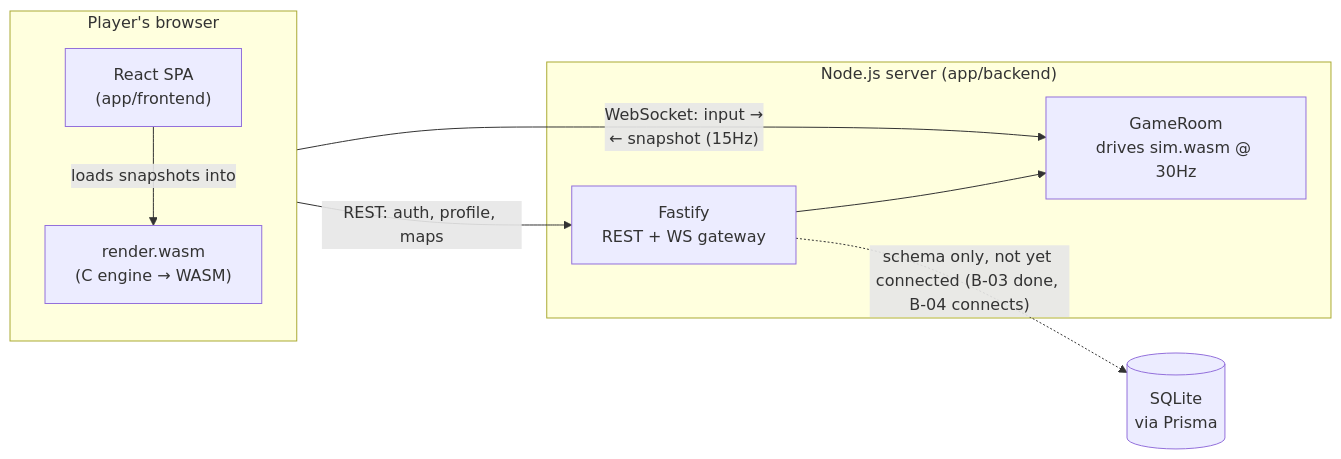
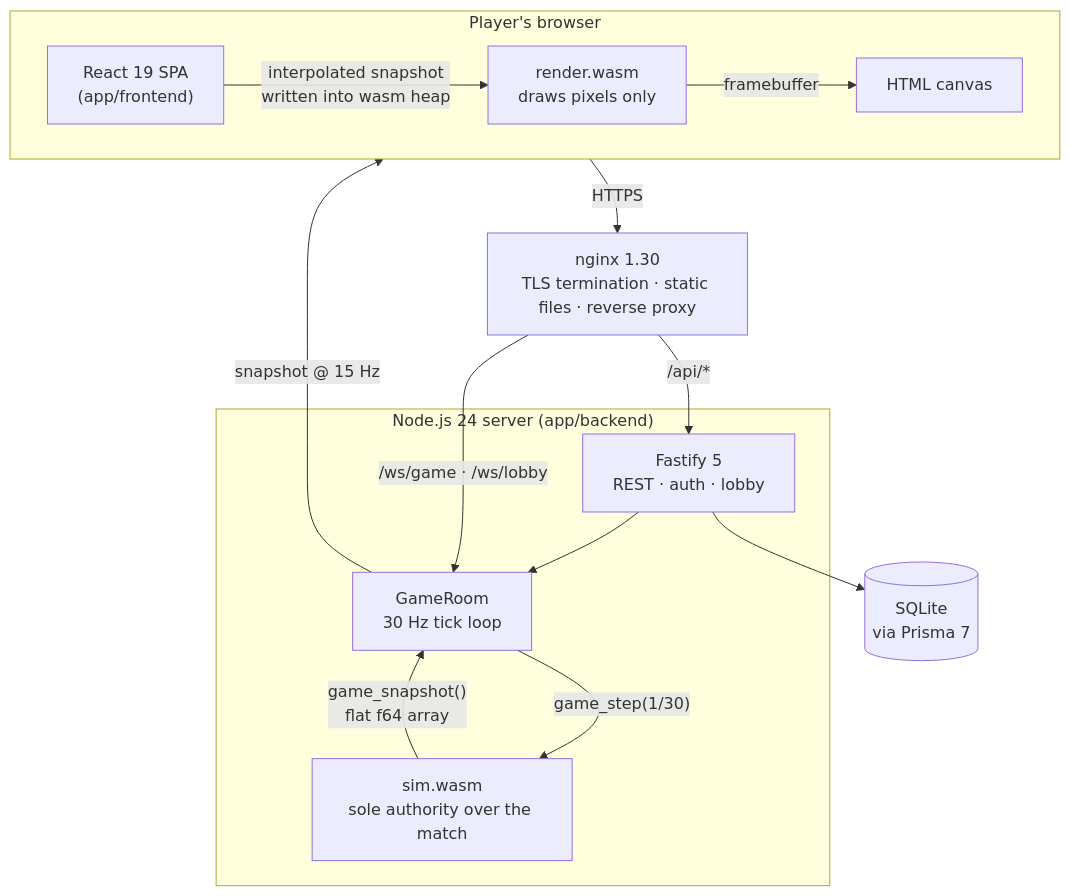
One commit to samatsum/ft_Transcendence changed the first of 3 diagrams in README.md. Above: the diagram before and after it, drawn with Mermaid. The commit also changed other lines of this file, not shown here.

````diff
--- a/README.md
+++ b/README.md
@@ -57,18 +142,28 @@
 ```mermaid
-flowchart LR
-    subgraph client["Player's browser"]
-        FE["React SPA<br/>(app/frontend)"]
-        RW["render.wasm<br/>(C engine → WASM)"]
-        FE -->|"loads snapshots into"| RW
+flowchart TB
+    subgraph browser["Player's browser"]
+        SPA["React 19 SPA<br/>(app/frontend)"]
+        RW["render.wasm<br/>draws pixels only"]
+        SPA -->|"interpolated snapshot<br/>written into wasm heap"| RW
+        RW -->|"framebuffer"| CV["HTML canvas"]
     end
-    subgraph server["Node.js server (app/backend)"]
-        BE["Fastify<br/>REST + WS gateway"]
-        GR["GameRoom<br/>drives sim.wasm @ 30Hz"]
+
+    NG["nginx 1.30<br/>TLS termination · static files · reverse proxy"]
+
+    subgraph server["Node.js 24 server (app/backend)"]
+        BE["Fastify 5<br/>REST · auth · lobby"]
+        GR["GameRoom<br/>30 Hz tick loop"]
+        SIM["sim.wasm<br/>sole authority over the match"]
         BE --> GR
+        GR -->|"game_step(1/30)"| SIM
+        SIM -->|"game_snapshot()<br/>flat f64 array"| GR
     end
-    DB[("SQLite<br/>via Prisma")]
 
-    client -- "REST: auth, profile, maps" --> BE
-    client -- "WebSocket: input →<br/>← snapshot (15Hz)" --> GR
-    BE -.->|"schema only, not yet connected (B-03 done, B-04 connects)"| DB
+    DB[("SQLite<br/>via Prisma 7")]
+
+    browser -->|"HTTPS"| NG
+    NG -->|"/api/*"| BE
+    NG -->|"/ws/game · /ws/lobby"| GR
+    GR -->|"snapshot @ 15 Hz"| browser
+    BE --> DB
 ```
````
